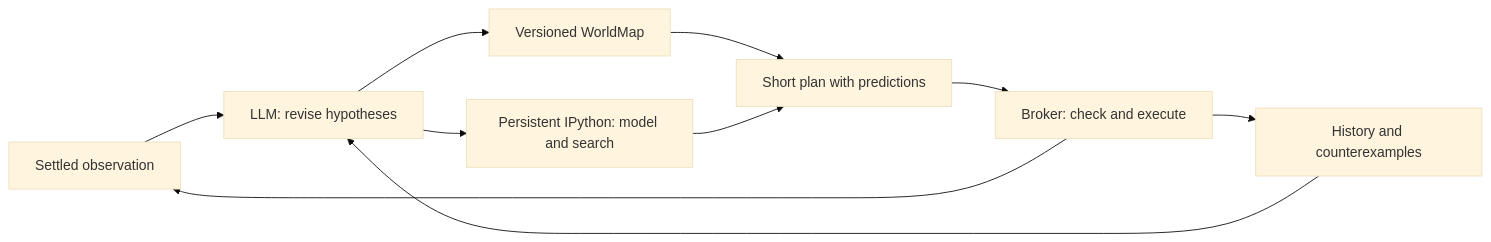
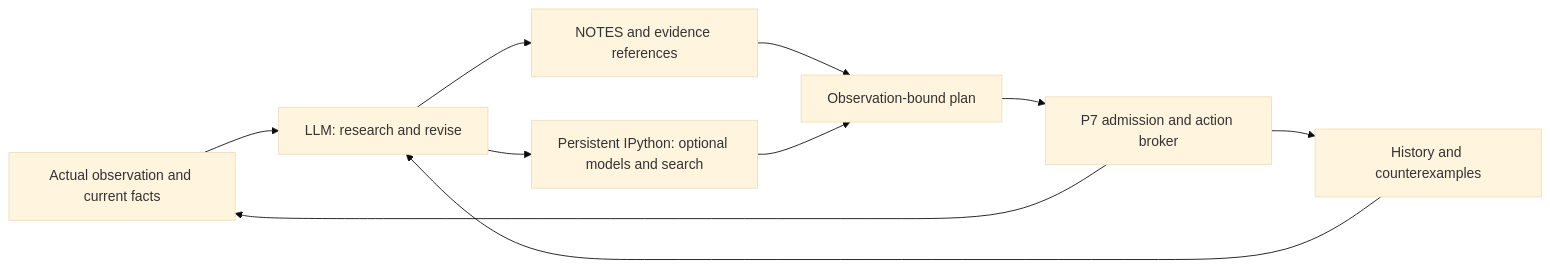
One commit to uukuguy/asterion changed the diagram in README.md. Above: the diagram before and after it, drawn with Mermaid (base theme). The commit also changed other lines of this file and 6 other files, not shown here.

````diff
--- a/README.md
+++ b/README.md
@@ -31,12 +46,12 @@
 ```mermaid
 flowchart LR
-    O[Settled observation] --> L[LLM: revise hypotheses]
-    L --> W[Versioned WorldMap]
-    L --> P[Persistent IPython: model and search]
-    W --> A[Short plan with predictions]
+    O[Actual observation and current facts] --> L[LLM: research and revise]
+    L --> N[NOTES and evidence references]
+    L --> P[Persistent IPython: optional models and search]
+    N --> A[Observation-bound plan]
     P --> A
-    A --> B[Broker: check and execute]
+    A --> B[P7 admission and action broker]
     B --> O
     B --> E[History and counterexamples]
     E --> L
 ```
````
